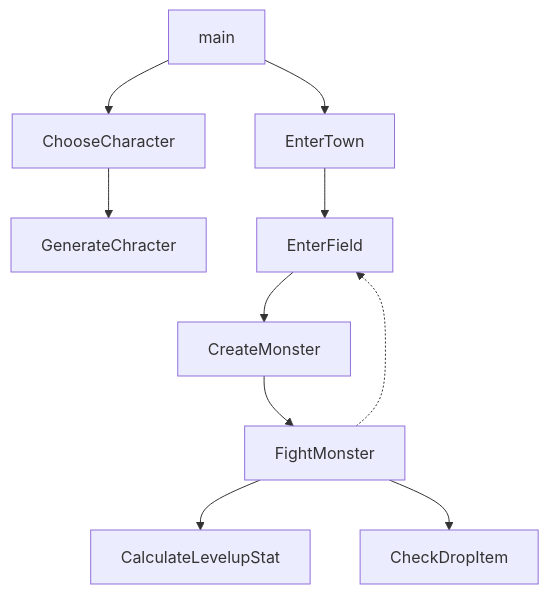
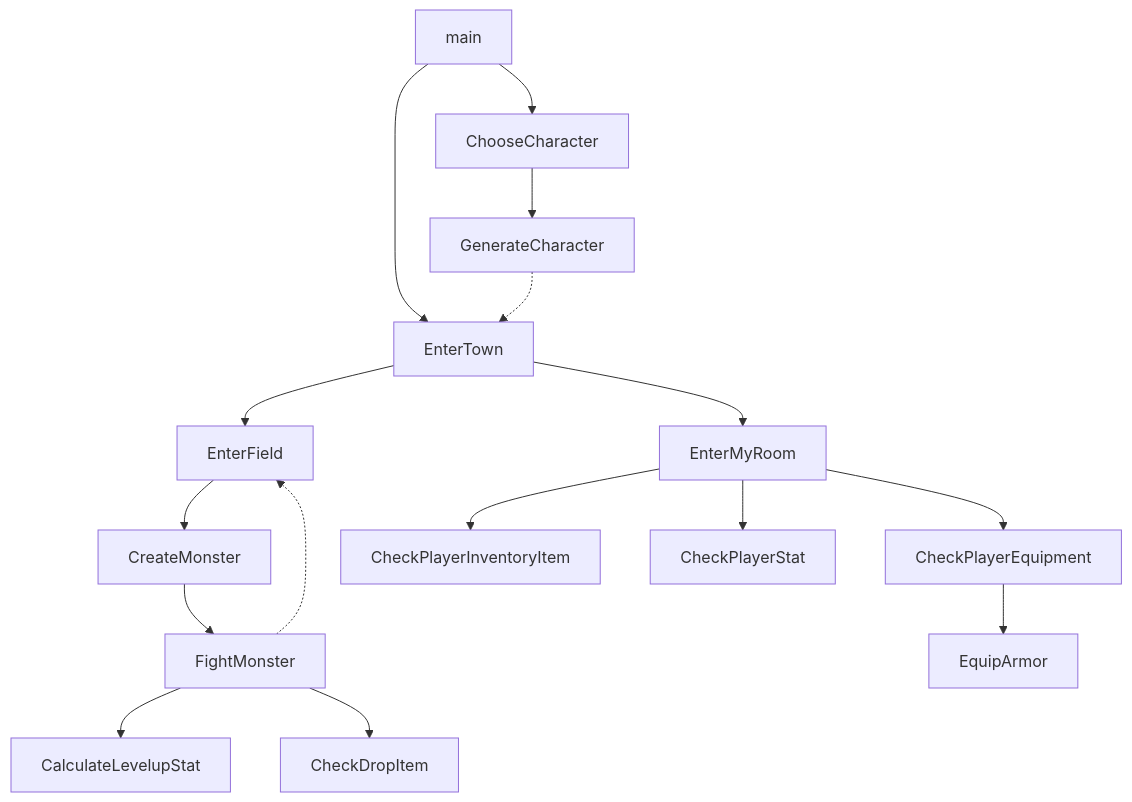
One commit to Emrgnr/cpp-TextRPG changed the diagram in README.md. Above: the diagram before and after it, drawn with Mermaid.

Commit message:
TextRPG(Multi-Array-2) - flowChart

````diff
--- a/README.md
+++ b/README.md
@@ -5,21 +5,32 @@
 ```mermaid
 flowchart TD
 	%% 메인 분기점
 	main --> EnterTown
     main --> ChooseCharacter
     
     %% 캐릭터 선택 분기점
-    ChooseCharacter --> GenerateChracter
+    ChooseCharacter --> GenerateCharacter
+    GenerateCharacter -.-> EnterTown
     
     %% 광장 분기점
     EnterTown --> EnterField
+    EnterTown --> EnterMyRoom
     
     %% 필드 분기점
     EnterField --> CreateMonster
     CreateMonster --> FightMonster
     
+    %% 개인룸 분기점
+    EnterMyRoom --> CheckPlayerEquipment
+    EnterMyRoom --> CheckPlayerInventoryItem
+    EnterMyRoom --> CheckPlayerStat
+    
+    %% 플레이어 장비 확인
+    CheckPlayerEquipment --> EquipArmor
+    
     %% 몬스터 전투 분기점
     FightMonster --> CalculateLevelupStat
     FightMonster --> CheckDropItem
     FightMonster -.-> EnterField
+
 ```
````
